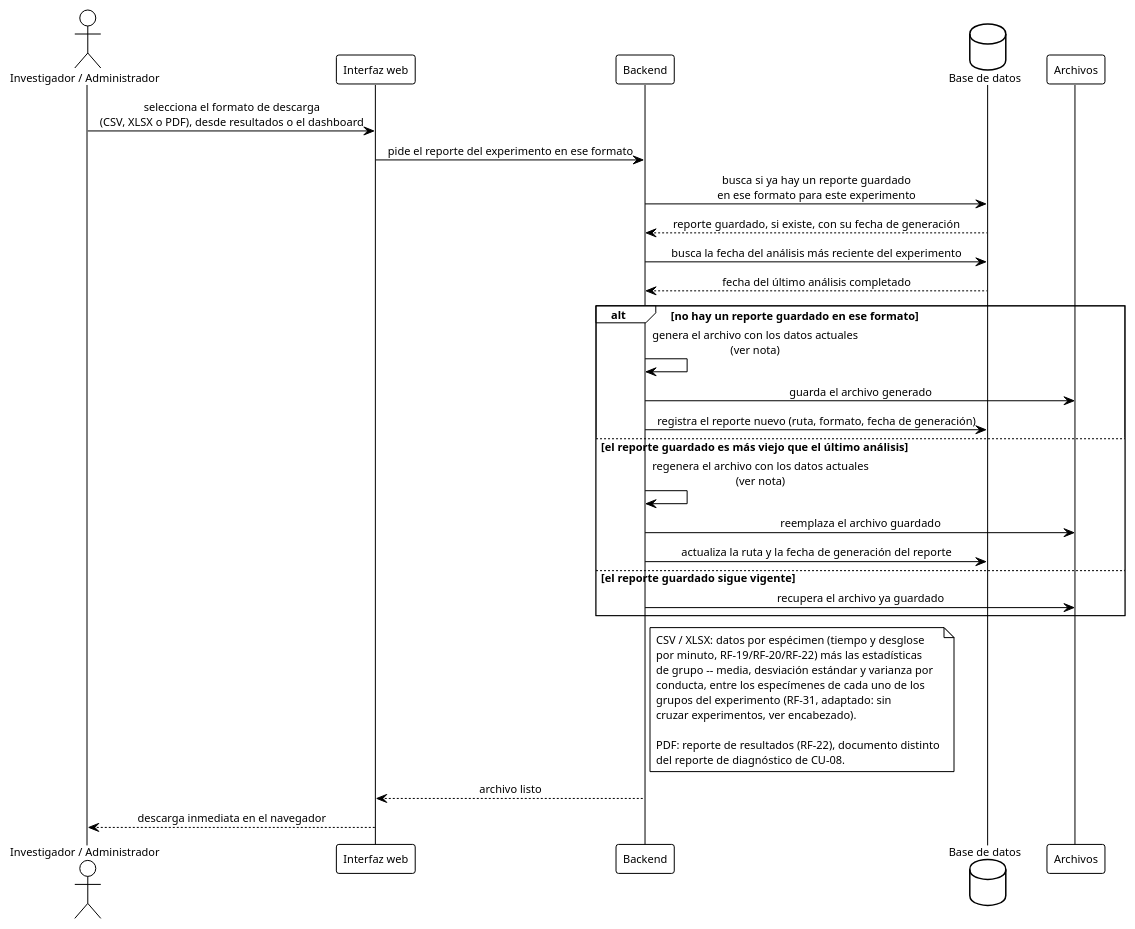
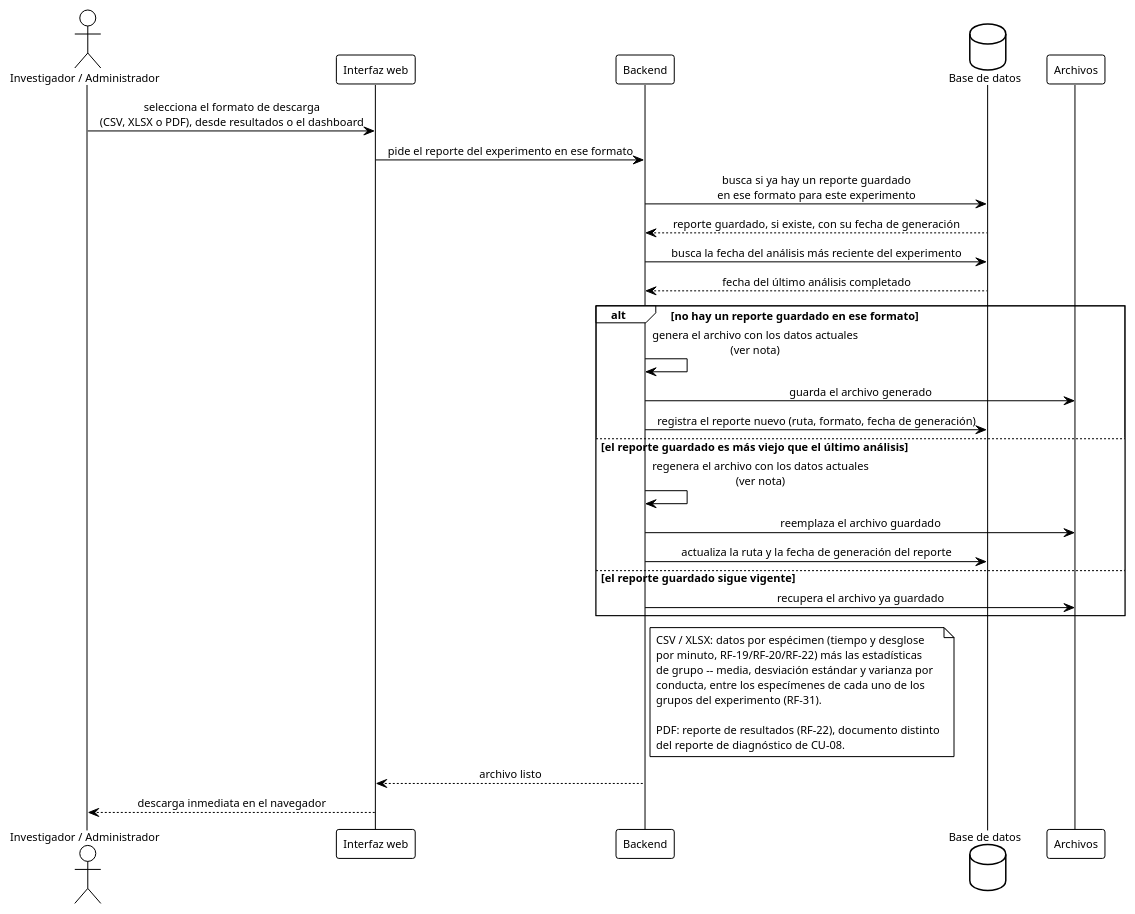
The diagram in diagramas/seq_descarga_reportes.puml (ErickJester/fst-ai-system-latex), drawn with PlantUML before and after one commit. The commit also changed 33 other files, not shown here.

```diff
--- a/diagramas/seq_descarga_reportes.puml
+++ b/diagramas/seq_descarga_reportes.puml
@@ -1,91 +1,90 @@
 @startuml seq_descarga_reportes
 ' ================================================================
 '  Secuencia - Descarga de reportes (CSV, XLSX o PDF)
 '  Base de datos FST | TT 2026-B066 | ESCOM-IPN
 '  Frausto Robles Angel Ali . Rodriguez Verdin Sandoval Vanesa
 ' ----------------------------------------------------------------
 '  Reemplaza a figures/mermaid/seq_reportes.png. Cubre CU-10
 '  "Descargar reporte" (chapters/05_diseno.tex:1602-1644, RF-22,
 '  RF-31), que no tiene cursos alternos documentados en el .tex --
 '  el unico curso alterno que agrega este diagrama (cache vencido
 '  por reanalisis) viene de D-21, no de CU-10.
 '
 '  Que cubre y con que fuente:
 '  - Contenido de CSV/XLSX: datos individuales por especimen (RF-19,
 '    RF-20, RF-22: tiempo y desglose por minuto, columnas Tiempo,
 '    Nado, Escalamiento, Inmovilidad) MAS estadisticas de grupo
 '    -- media, desviacion estandar y varianza por conducta -- que
 '    RF-31 exige incluir "junto con los datos individuales" en el
 '    mismo archivo descargable.
 '  - Contenido de PDF: "reporte de resultados" (RF-22, D-76) --
 '    un documento distinto del reporte de diagnostico de CU-08 (ese
 '    es solo para analisis en estado "error").
 '  - Alcance de las estadisticas de grupo: RF-31 las describe "a
 '    partir de los experimentos que comparten el mismo tratamiento"
 '    (cruzando VARIOS experimentos), pero el sistema no modela ese
 '    nivel -- no hay "Proyecto" (Q-D, preguntas-doctor.md SS2) ni
 '    relacion entre experimentos, y REPORTE solo tiene FK a UN
 '    EXPERIMENTO. Aqui se calculan las estadisticas de los tres
 '    grupos DENTRO del experimento actual (control/referencia/
 '    tratamiento), igual que seq_consulta_resultados.puml -- esa
 '    parte de RF-31 esta obsoleta, ya se sabia por Q-D.
 '  - Cache y regeneracion (D-21, 13-sep): REPORTE.ruta es clave
 '    alterna y CU-10 dice "el sistema genera O RECUPERA el archivo",
 '    o sea que ya se preveia cachear. D-21 agrega la regla de
 '    invalidacion que faltaba: si hay un analisis mas reciente que
 '    el reporte guardado (reanalisis, D-03), se regenera; si no, se
 '    reusa el archivo existente.
 '
 '  Generar:
 '      java -jar plantuml.jar -tpng diagramas/seq_descarga_reportes.puml
 ' ================================================================
 
 !theme plain
 skinparam defaultFontName Arial
 skinparam defaultFontSize 11
 skinparam shadowing false
 skinparam sequenceMessageAlign center
 skinparam BoxPadding 10
 
 actor "Investigador / Administrador" as inv
 participant "Interfaz web" as ui
 participant Backend as api
 database "Base de datos" as db
 participant "Archivos" as fs
 
 inv -> ui: selecciona el formato de descarga\n(CSV, XLSX o PDF), desde resultados o el dashboard
 ui -> api: pide el reporte del experimento en ese formato
 
 api -> db: busca si ya hay un reporte guardado\nen ese formato para este experimento
 db --> api: reporte guardado, si existe, con su fecha de generación
 api -> db: busca la fecha del análisis más reciente del experimento
 db --> api: fecha del último análisis completado
 
 alt no hay un reporte guardado en ese formato
   api -> api: genera el archivo con los datos actuales\n(ver nota)
   api -> fs: guarda el archivo generado
   api -> db: registra el reporte nuevo (ruta, formato, fecha de generación)
 else el reporte guardado es más viejo que el último análisis
   api -> api: regenera el archivo con los datos actuales\n(ver nota)
   api -> fs: reemplaza el archivo guardado
   api -> db: actualiza la ruta y la fecha de generación del reporte
 else el reporte guardado sigue vigente
   api -> fs: recupera el archivo ya guardado
 end
 
 note right of api
   CSV / XLSX: datos por espécimen (tiempo y desglose
   por minuto, RF-19/RF-20/RF-22) más las estadísticas
   de grupo -- media, desviación estándar y varianza por
   conducta, entre los especímenes de cada uno de los
-  grupos del experimento (RF-31, adaptado: sin
-  cruzar experimentos, ver encabezado).
+  grupos del experimento (RF-31).
 
   PDF: reporte de resultados (RF-22), documento distinto
   del reporte de diagnóstico de CU-08.
 end note
 
 api --> ui: archivo listo
 ui --> inv: descarga inmediata en el navegador
 
 @enduml
```
